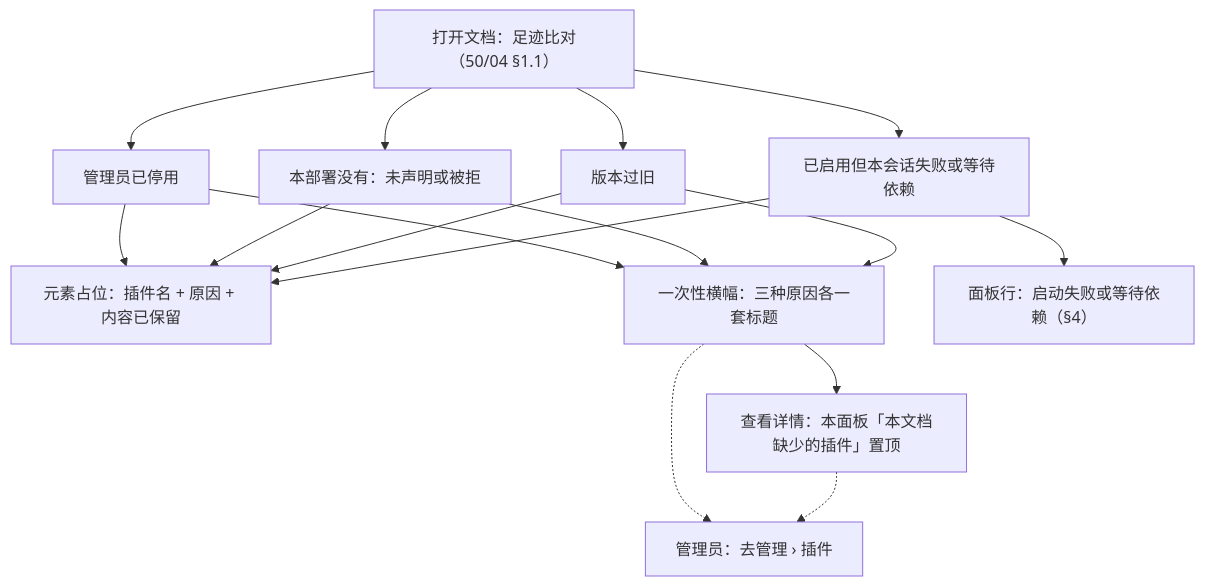
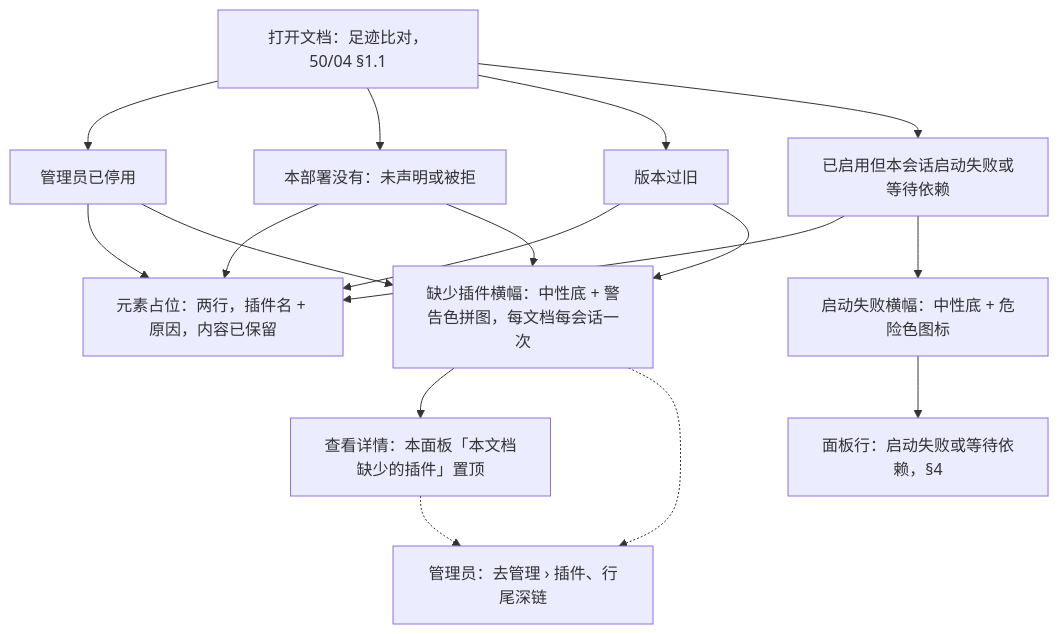
Before and after one commit to Xeonice/cordis-ppt-editor: the fourth of 4 diagrams in docs/20-design/03-screens/09-plugin-manager.md, drawn with Mermaid. The commit also changed other lines of this file and 44 other files, not shown here.

````diff
--- a/docs/20-design/03-screens/09-plugin-manager.md
+++ b/docs/20-design/03-screens/09-plugin-manager.md
@@ -349,28 +360,30 @@
 ```mermaid
 flowchart TB
-  open["打开文档：足迹比对（50/04 §1.1）"]
+  open["打开文档：足迹比对，50/04 §1.1"]
   dis["管理员已停用"]
   und["本部署没有：未声明或被拒"]
   ver["版本过旧"]
-  fail["已启用但本会话失败或等待依赖"]
-  place["元素占位：插件名 + 原因 + 内容已保留"]
-  banner["一次性横幅：三种原因各一套标题"]
+  fail["已启用但本会话启动失败或等待依赖"]
+  place["元素占位：两行，插件名 + 原因，内容已保留"]
+  banner["缺少插件横幅：中性底 + 警告色拼图，每文档每会话一次"]
+  failBanner["启动失败横幅：中性底 + 危险色图标"]
   detail["查看详情：本面板「本文档缺少的插件」置顶"]
-  row["面板行：启动失败或等待依赖（§4）"]
-  admin["管理员：去管理 › 插件"]
+  row["面板行：启动失败或等待依赖，§4"]
+  admin["管理员：去管理 › 插件、行尾深链"]
   open --> dis
   open --> und
   open --> ver
   open --> fail
   dis --> place
   und --> place
   ver --> place
   fail --> place
   dis --> banner
   und --> banner
   ver --> banner
-  fail --> row
+  fail --> failBanner
+  failBanner --> row
   banner --> detail
   banner -.-> admin
   detail -.-> admin
 ```
````
